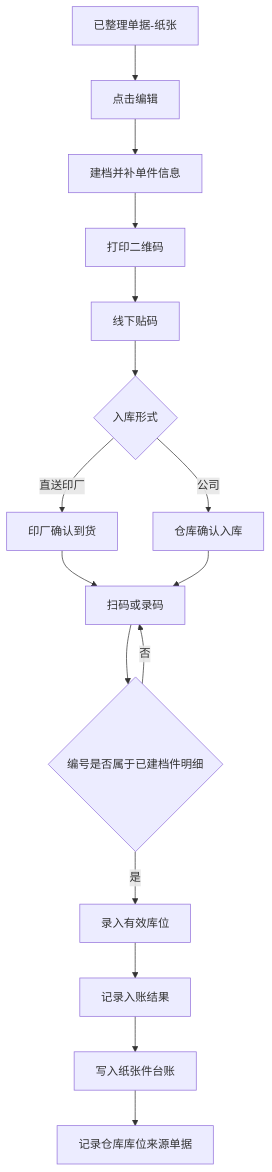
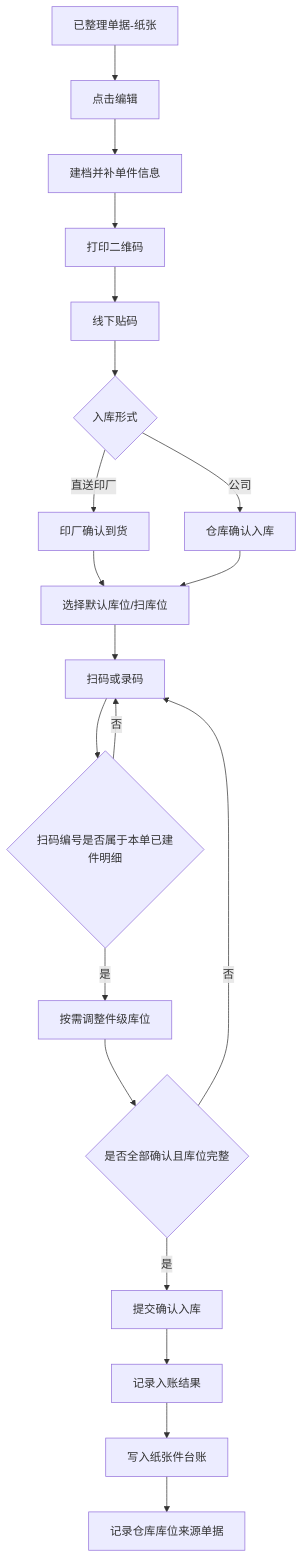
One commit to 22816523/math-kids changed the first of 3 diagrams in 3-纸张管理扫码出入库/纸张管理迭代需求文档_2026-03-18.md. Above: the diagram before and after it, drawn with Mermaid. The commit also changed other lines of this file, not shown here.

````diff
--- a/3-纸张管理扫码出入库/纸张管理迭代需求文档_2026-03-18.md
+++ b/3-纸张管理扫码出入库/纸张管理迭代需求文档_2026-03-18.md
@@ -188,18 +190,22 @@
 ```mermaid
 graph TD
 A["已整理单据-纸张"] --> B["点击编辑"]
 B --> C["建档并补单件信息"]
 C --> D["打印二维码"]
 D --> E["线下贴码"]
 E --> F{"入库形式"}
 F -->|直送印厂| G["印厂确认到货"]
 F -->|公司| H["仓库确认入库"]
-G --> I["扫码或录码"]
+G --> I["选择默认库位/扫库位"]
 H --> I
-I --> J{"编号是否属于已建档件明细"}
-J -->|否| I
-J -->|是| K["录入有效库位"]
-K --> L["记录入账结果"]
-L --> M["写入纸张件台账"]
-M --> N["记录仓库库位来源单据"]
+I --> J["扫码或录码"]
+J --> K{"扫码编号是否属于本单已建件明细"}
+K -->|否| J
+K -->|是| L["按需调整件级库位"]
+L --> M{"是否全部确认且库位完整"}
+M -->|否| J
+M -->|是| N["提交确认入库"]
+N --> O["记录入账结果"]
+O --> P["写入纸张件台账"]
+P --> Q["记录仓库库位来源单据"]
 ```
````
